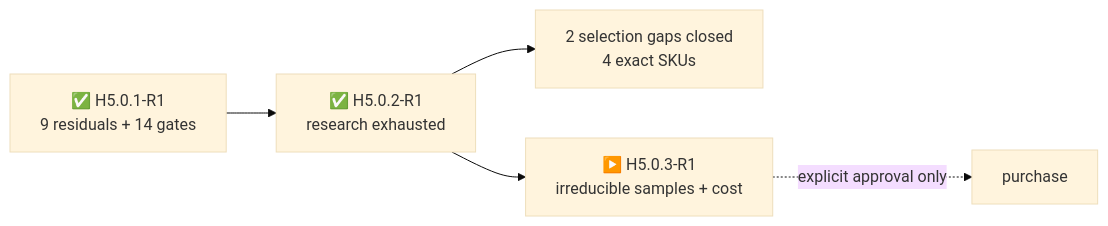
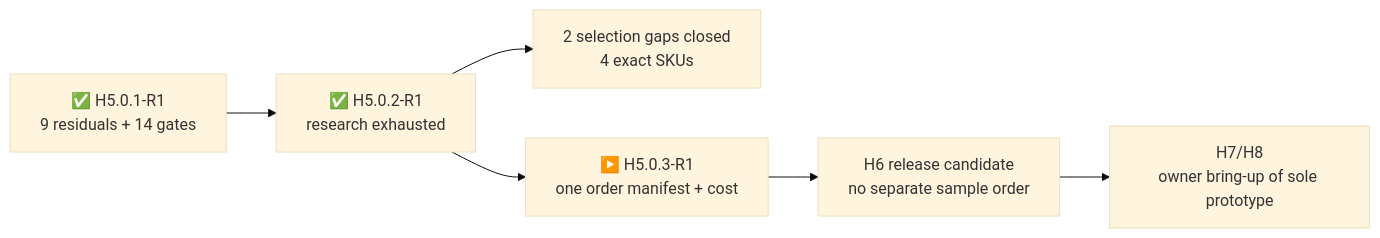
Before and after one commit to anton-vinogradov/esp32-leshy2: the diagram in docs/component-source-research.md, drawn with Mermaid (base theme). The commit also changed other lines of this file and 147 other files, not shown here.

Commit message:
make first prototype release fail closed

````diff
--- a/docs/component-source-research.md
+++ b/docs/component-source-research.md
@@ -7,7 +7,8 @@
 ```mermaid
 flowchart LR
   M["✅ H5.0.1-R1<br/>9 residuals + 14 gates"] --> R["✅ H5.0.2-R1<br/>research exhausted"]
   R --> I["2 selection gaps closed<br/>4 exact SKUs"]
-  R --> S["▶️ H5.0.3-R1<br/>irreducible samples + cost"]
-  S -. "explicit approval only" .-> B["purchase"]
+  R --> S["▶️ H5.0.3-R1<br/>one order manifest + cost"]
+  S --> B["H6 release candidate<br/>no separate sample order"]
+  B --> V["H7/H8<br/>owner bring-up of sole prototype"]
 ```
````
